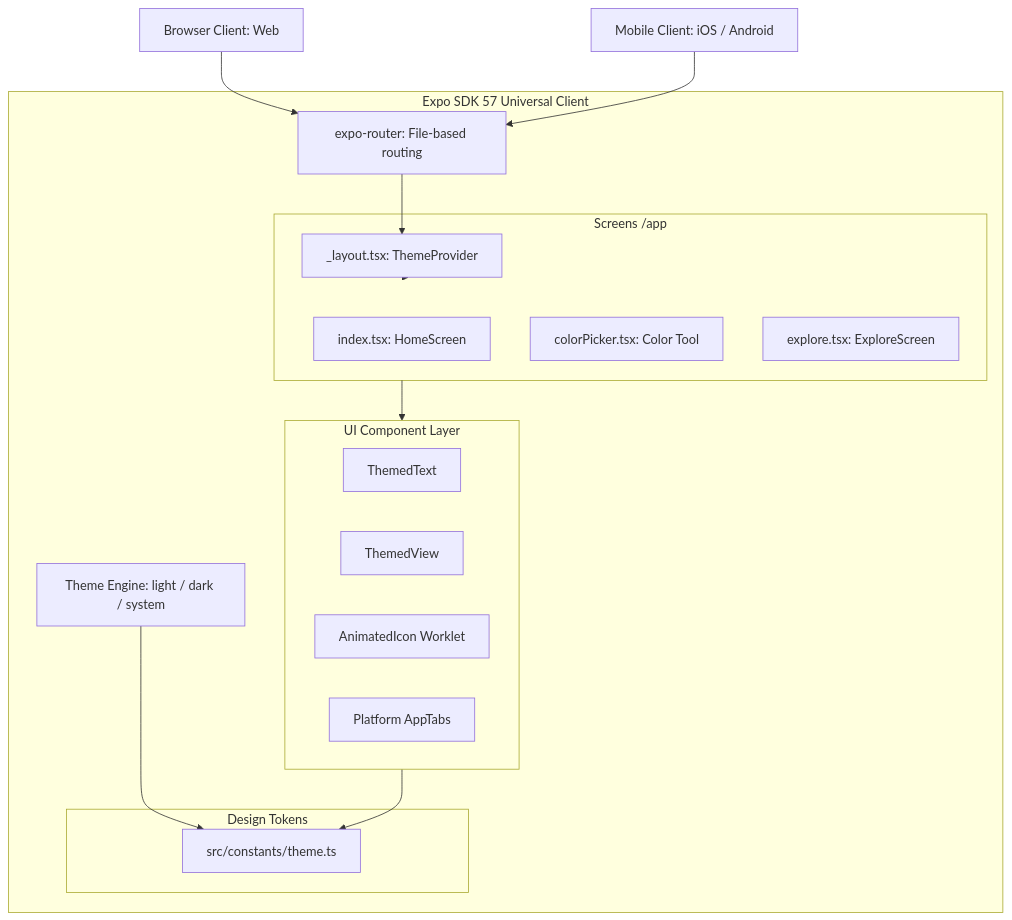
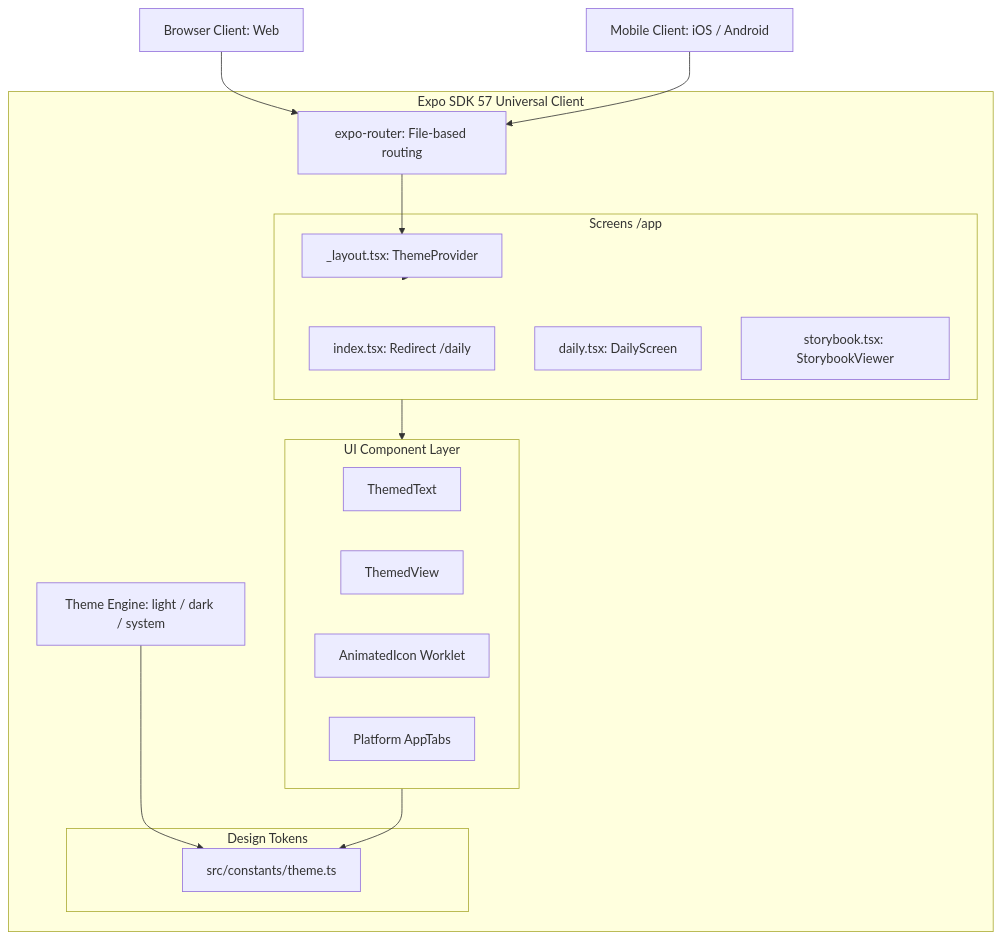
One commit to Michlipski/personal-dashboard changed the diagram in docs/technical-documentation/architecture-overview.md. Above: the diagram before and after it, drawn with Mermaid. The commit also changed 92 other files, not shown here.

````diff
--- a/docs/technical-documentation/architecture-overview.md
+++ b/docs/technical-documentation/architecture-overview.md
@@ -12,38 +12,38 @@
 ```mermaid
 graph TD
     %% User Layer
     UserWeb[Browser Client: Web]
     UserMobile[Mobile Client: iOS / Android]
 
     %% Expo Router Layer
     subgraph Client_Runtime [Expo SDK 57 Universal Client]
         Router[expo-router: File-based routing]
         ThemeEngine[Theme Engine: light / dark / system]
         
         subgraph App_Routes [Screens /app]
             Layout[_layout.tsx: ThemeProvider]
-            Index[index.tsx: HomeScreen]
-            ColorPicker[colorPicker.tsx: Color Tool]
-            Explore[explore.tsx: ExploreScreen]
+            Index[index.tsx: Redirect /daily]
+            Daily[daily.tsx: DailyScreen]
+            Storybook[storybook.tsx: StorybookViewer]
         end
 
         subgraph Primitives [UI Component Layer]
             ThemedText[ThemedText]
             ThemedView[ThemedView]
             AnimatedIcon[AnimatedIcon Worklet]
             AppTabs[Platform AppTabs]
         end
         
         subgraph Token_Store [Design Tokens]
             ThemeTokens[src/constants/theme.ts]
         end
     end
 
     UserWeb --> Router
     UserMobile --> Router
     Router --> Layout
     Layout --> App_Routes
     App_Routes --> Primitives
     Primitives --> ThemeTokens
     ThemeEngine --> ThemeTokens
 ```
````
